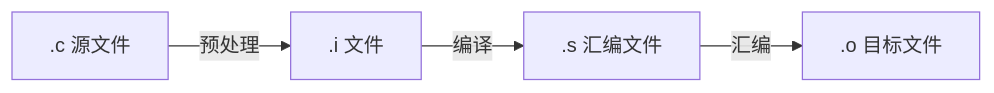
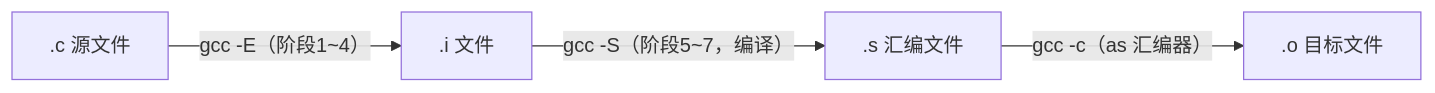
The third of 5 diagrams in content/C/basic/Chapter-03-Basic-Program-Structure.md (before80/prgms), drawn with Mermaid before and after one commit. The commit also changed other lines of this file and 4787 other files, not shown here.

````diff
--- a/content/C/basic/Chapter-03-Basic-Program-Structure.md
+++ b/content/C/basic/Chapter-03-Basic-Program-Structure.md
@@ -446,6 +493,6 @@
 ```mermaid
 flowchart LR
-    A[".c 源文件"] -->|预处理| B[".i 文件"]
-    B -->|编译| C[".s 汇编文件"]
-    C -->|汇编| D[".o 目标文件"]
+    A[".c 源文件"] -->|"gcc -E（阶段1~4）"| B[".i 文件"]
+    B -->|"gcc -S（阶段5~7，编译）"| C[".s 汇编文件"]
+    C -->|"gcc -c（as 汇编器）"| D[".o 目标文件"]
 ```
````
